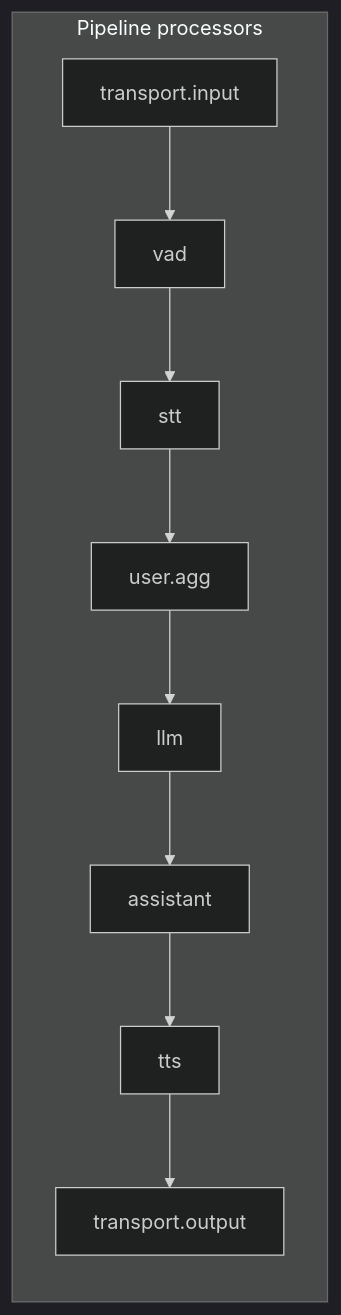
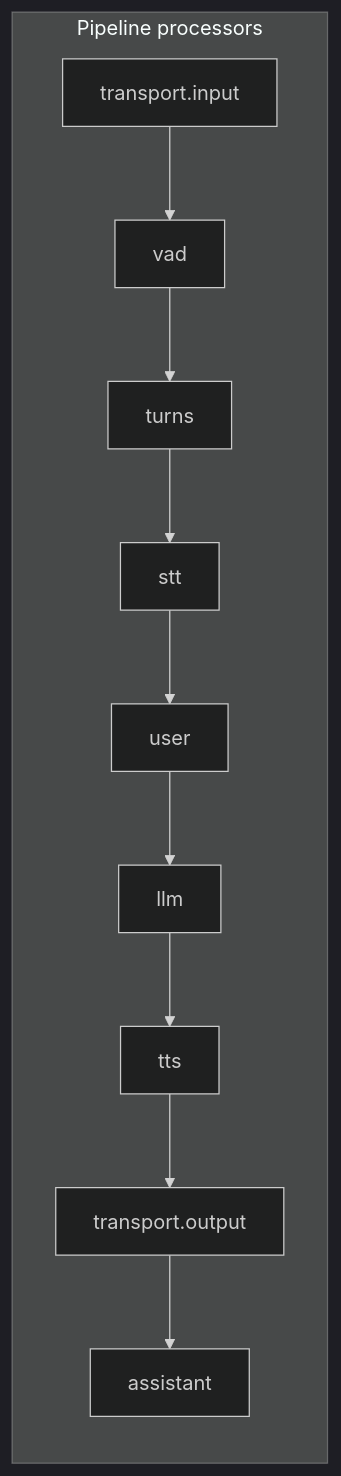
Before and after one commit to rohitdas13595/llmpipe: the diagram in docs/REFERENCE.md, drawn with Mermaid (dark theme). The commit also changed other lines of this file and 44 other files, not shown here.

````diff
--- a/docs/REFERENCE.md
+++ b/docs/REFERENCE.md
@@ -16,14 +16,15 @@
 ```mermaid
 flowchart LR
   subgraph pipeline [Pipeline processors]
     P0[transport.input]
     P1[vad]
-    P2[stt]
-    P3[user.agg]
-    P4[llm]
-    P5[assistant]
+    P2[turns]
+    P3[stt]
+    P4[user]
+    P5[llm]
     P6[tts]
     P7[transport.output]
+    P8[assistant]
   end
-  P0 --> P1 --> P2 --> P3 --> P4 --> P5 --> P6 --> P7
+  P0 --> P1 --> P2 --> P3 --> P4 --> P5 --> P6 --> P7 --> P8
 ```
````
